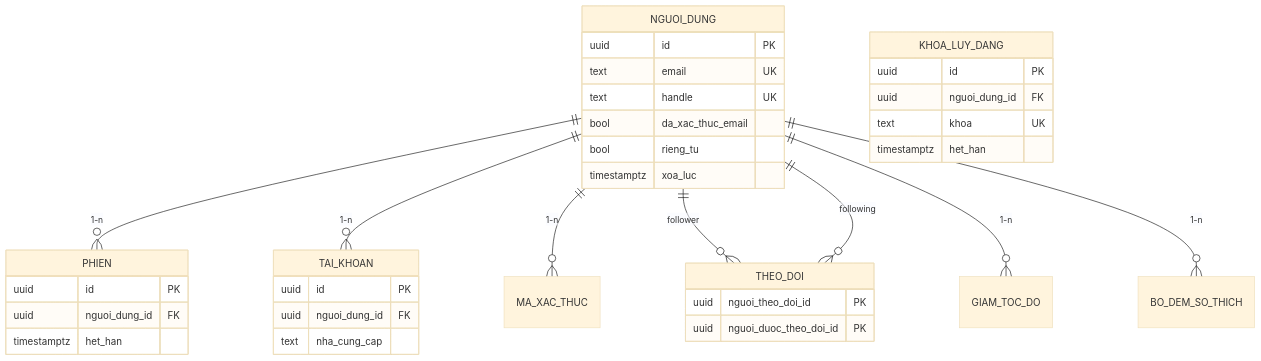
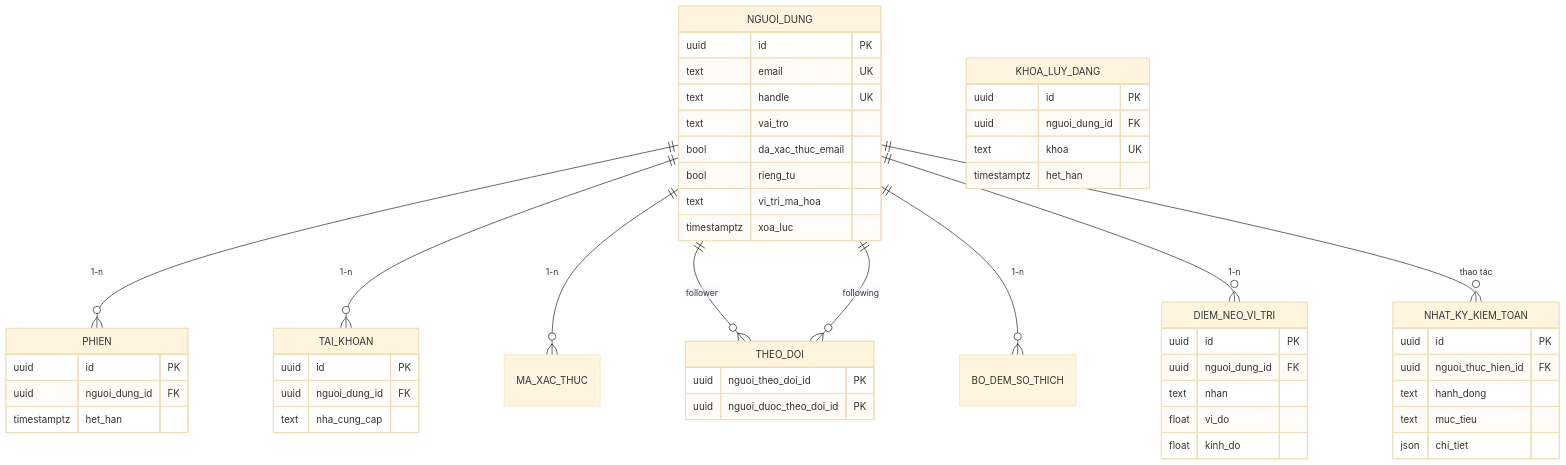
One commit to longqt321/Rendez-PBL6 changed diagram 13 of 21 in docs/bao-cao/BAO-CAO-DO-AN.md. Above: the diagram before and after it, drawn with Mermaid (base theme). The commit also changed other lines of this file and 3 other files, not shown here.

````diff
--- a/docs/bao-cao/BAO-CAO-DO-AN.md
+++ b/docs/bao-cao/BAO-CAO-DO-AN.md
@@ -1127,38 +1195,55 @@
 ```mermaid
 erDiagram
     NGUOI_DUNG ||--o{ PHIEN : "1-n"
     NGUOI_DUNG ||--o{ TAI_KHOAN : "1-n"
     NGUOI_DUNG ||--o{ MA_XAC_THUC : "1-n"
     NGUOI_DUNG ||--o{ THEO_DOI : "follower"
     NGUOI_DUNG ||--o{ THEO_DOI : "following"
-    NGUOI_DUNG ||--o{ GIAM_TOC_DO : "1-n"
     NGUOI_DUNG ||--o{ BO_DEM_SO_THICH : "1-n"
+    NGUOI_DUNG ||--o{ DIEM_NEO_VI_TRI : "1-n"
+    NGUOI_DUNG ||--o{ NHAT_KY_KIEM_TOAN : "thao tác"
     NGUOI_DUNG {
         uuid id PK
         text email UK
         text handle UK
+        text vai_tro
         bool da_xac_thuc_email
         bool rieng_tu
+        text vi_tri_ma_hoa
         timestamptz xoa_luc
     }
     PHIEN {
         uuid id PK
         uuid nguoi_dung_id FK
         timestamptz het_han
     }
     TAI_KHOAN {
         uuid id PK
         uuid nguoi_dung_id FK
         text nha_cung_cap
     }
     THEO_DOI {
         uuid nguoi_theo_doi_id PK
         uuid nguoi_duoc_theo_doi_id PK
     }
+    DIEM_NEO_VI_TRI {
+        uuid id PK
+        uuid nguoi_dung_id FK
+        text nhan
+        float vi_do
+        float kinh_do
+    }
+    NHAT_KY_KIEM_TOAN {
+        uuid id PK
+        uuid nguoi_thuc_hien_id FK
+        text hanh_dong
+        text muc_tieu
+        json chi_tiet
+    }
     KHOA_LUY_DANG {
         uuid id PK
         uuid nguoi_dung_id FK
         text khoa UK
         timestamptz het_han
     }
 ```
````
